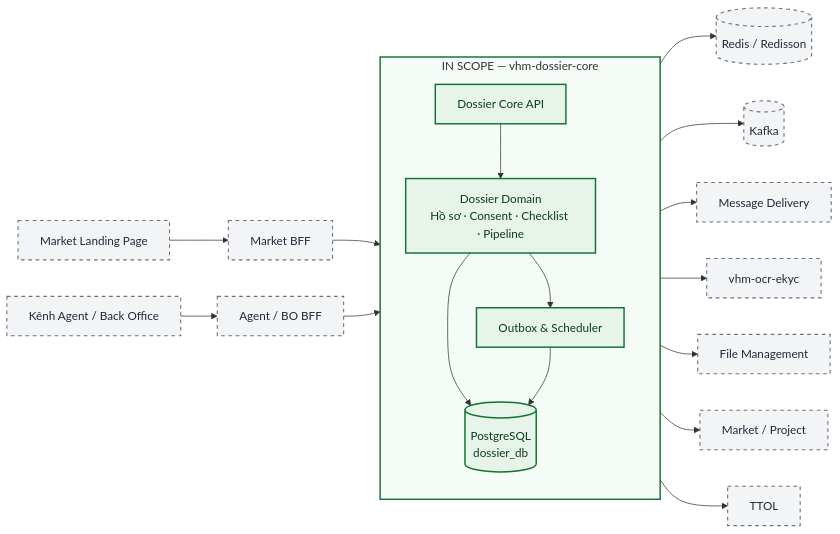
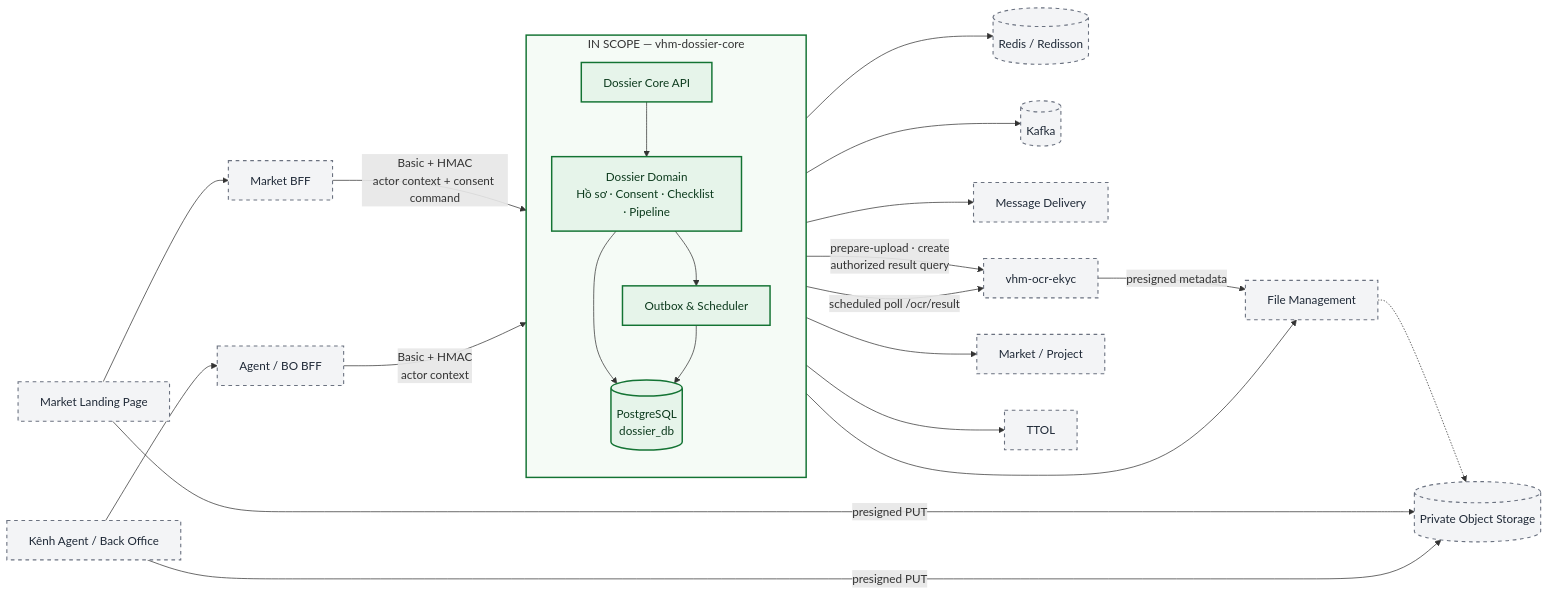
The second of 16 diagrams in tdd-dossier.md (huynv-xyz/vhm), drawn with Mermaid before and after one commit. The commit also changed other lines of this file, not shown here.

````diff
--- a/tdd-dossier.md
+++ b/tdd-dossier.md
@@ -229,35 +241,40 @@
 ```mermaid
 flowchart LR
     classDef inScope fill:#E6F4EA,stroke:#137333,stroke-width:2px,color:#0D3B1E
     classDef external fill:#F3F4F6,stroke:#6B7280,stroke-width:1.5px,stroke-dasharray:5 5,color:#1F2937
 
     Landing[Market Landing Page] --> MBFF[Market BFF]
     Channel[Kênh Agent / Back Office] --> ABFF[Agent / BO BFF]
 
     subgraph SCOPE[IN SCOPE — vhm-dossier-core]
         direction TB
         API[Dossier Core API]
         DOMAIN[Dossier Domain<br/>Hồ sơ · Consent · Checklist · Pipeline]
         RELAY[Outbox & Scheduler]
         DB[(PostgreSQL<br/>dossier_db)]
 
         API --> DOMAIN
         DOMAIN --> DB
         DOMAIN --> RELAY
         RELAY --> DB
     end
 
-    MBFF --> API
-    ABFF --> API
+    MBFF -->|Basic + HMAC<br/>actor context + consent command| API
+    ABFF -->|Basic + HMAC<br/>actor context| API
     DOMAIN --> Redis[(Redis / Redisson)]
     RELAY --> Kafka[(Kafka)]
     RELAY --> Message[Message Delivery]
-    API --> OCR[vhm-ocr-ekyc]
-    API --> File[File Management]
-    API --> Project[Market / Project]
-    API --> TTOL[TTOL]
+    DOMAIN -->|prepare-upload · create<br/>authorized result query| OCR[vhm-ocr-ekyc]
+    RELAY -->|scheduled poll /ocr/result| OCR
+    DOMAIN --> File[File Management]
+    OCR -->|presigned metadata| File
+    File -.-> Store[(Private Object Storage)]
+    Landing -->|presigned PUT| Store
+    Channel -->|presigned PUT| Store
+    DOMAIN --> Project[Market / Project]
+    DOMAIN --> TTOL[TTOL]
 
     class API,DOMAIN,RELAY,DB inScope
-    class Landing,MBFF,Channel,ABFF,Redis,Kafka,Message,OCR,File,Project,TTOL external
+    class Landing,MBFF,Channel,ABFF,Redis,Kafka,Message,OCR,File,Store,Project,TTOL external
     style SCOPE fill:#F5FBF6,stroke:#137333,stroke-width:2px
 ```
````
